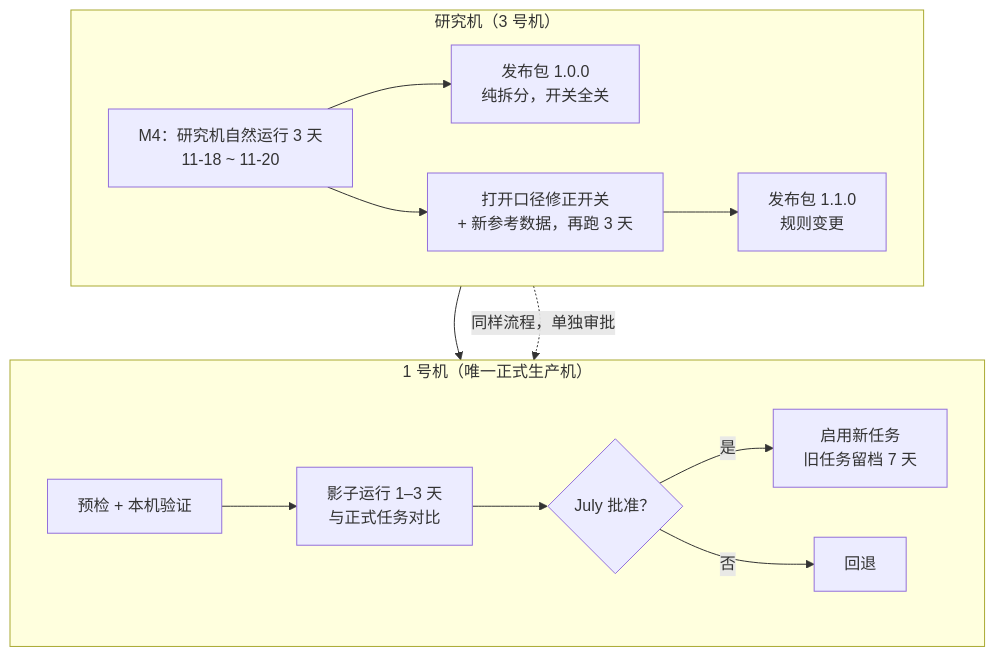
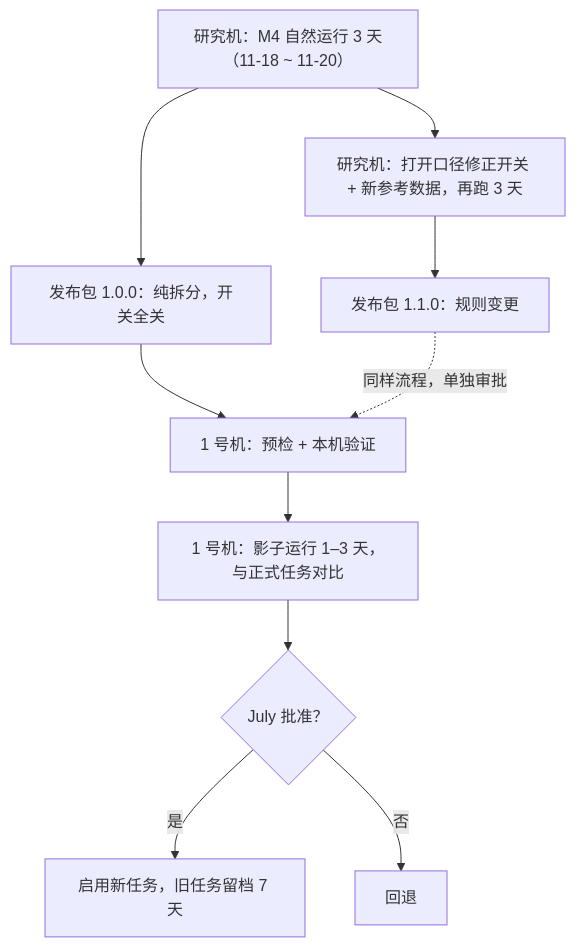
One commit to JulyWA/lp-monitor-3.0-snapshot changed the fourth of 4 diagrams in protocol-docs/lp-market-3.0-modular-brief.md. Above: the diagram before and after it, drawn with Mermaid. The commit also changed other lines of this file and 1 other file, not shown here.

Commit message:
宽图改成竖向

````diff
--- a/protocol-docs/lp-market-3.0-modular-brief.md
+++ b/protocol-docs/lp-market-3.0-modular-brief.md
@@ -179,16 +181,9 @@
 ```mermaid
 flowchart TB
-  subgraph Lab["研究机（3 号机）"]
-    direction LR
-    A1["M4：研究机自然运行 3 天<br/>11-18 ~ 11-20"] --> A2["发布包 1.0.0<br/>纯拆分，开关全关"]
-    A1 --> B1["打开口径修正开关<br/>+ 新参考数据，再跑 3 天"] --> B2["发布包 1.1.0<br/>规则变更"]
-  end
-  subgraph M1["1 号机（唯一正式生产机）"]
-    direction LR
-    C1["预检 + 本机验证"] --> C2["影子运行 1–3 天<br/>与正式任务对比"] --> C3{"July 批准？"}
-    C3 -->|"是"| C4["启用新任务<br/>旧任务留档 7 天"]
-    C3 -->|"否"| C5["回退"]
-  end
-  A2 --> C1
+  A1["研究机：M4 自然运行 3 天（11-18 ~ 11-20）"] --> A2["发布包 1.0.0：纯拆分，开关全关"]
+  A2 --> C1["1 号机：预检 + 本机验证"] --> C2["1 号机：影子运行 1–3 天，与正式任务对比"] --> C3{"July 批准？"}
+  C3 -->|"是"| C4["启用新任务，旧任务留档 7 天"]
+  C3 -->|"否"| C5["回退"]
+  A1 --> B1["研究机：打开口径修正开关 + 新参考数据，再跑 3 天"] --> B2["发布包 1.1.0：规则变更"]
   B2 -.->|"同样流程，单独审批"| C1
 ```
````
